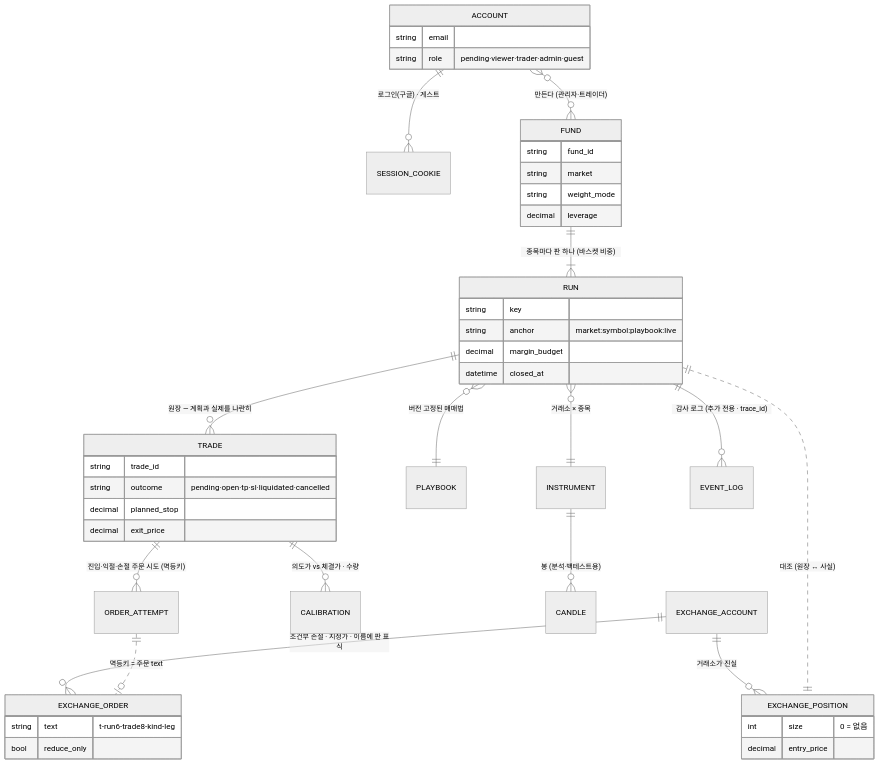
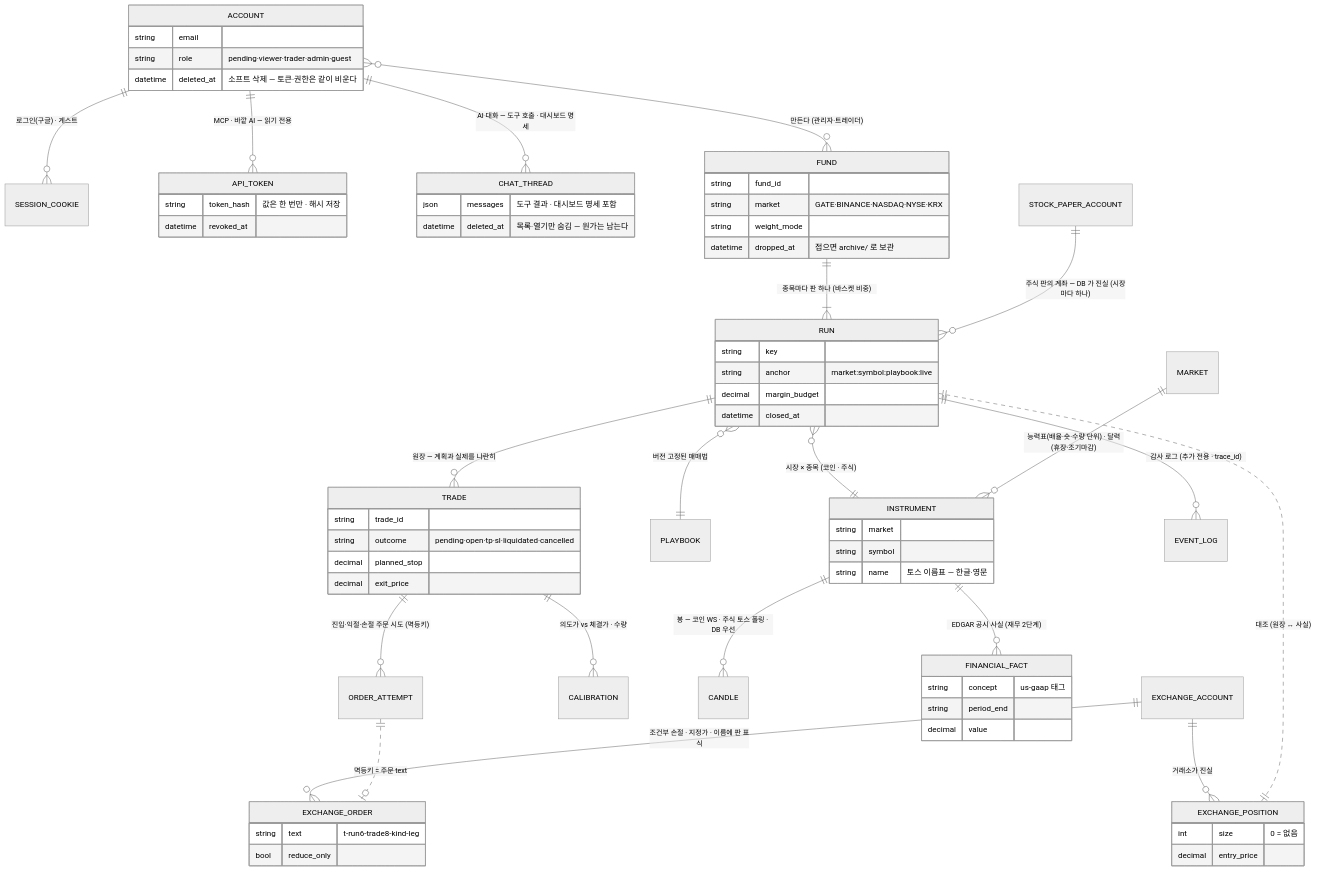
Before and after one commit to ericsj1998/up_and_down_invest_public: the first of 14 diagrams in docs/architecture/diagrams.md, drawn with Mermaid (neutral theme). The commit also changed other lines of this file and 2 other files, not shown here.

First line of the commit message:
다이어그램 전면 갱신 — 개념 ERD(주식 페이퍼 계좌 · 재무 사실 · 토큰 · 대화 · 소프트 삭제 열) · 기술 ERD 2.2(36 표 · 이메일 매임 · financial_facts · api_tokens · chat_threads · role/grants) · 시퀀스 3.1(주식 · 달력 · 층 · step_ms) · 3.2 메모 · 새 3.5 AI 채팅 한 턴 · 3.6 바깥 호출 한 층 · 스윔레인 4.1 · 플로우차트 §5 · README 3개 동기화 · 런타임 한 장 그림 · 설계 색인 층 그림 (사용자 요청)

````diff
--- a/docs/architecture/diagrams.md
+++ b/docs/architecture/diagrams.md
@@ -10,48 +11,72 @@
 ```mermaid
 erDiagram
     ACCOUNT ||--o{ SESSION_COOKIE : "로그인(구글) · 게스트"
+    ACCOUNT ||--o{ API_TOKEN : "MCP · 바깥 AI — 읽기 전용"
+    ACCOUNT ||--o{ CHAT_THREAD : "AI 대화 — 도구 호출 · 대시보드 명세"
     ACCOUNT }o--o{ FUND : "만든다 (관리자·트레이더)"
     FUND ||--|{ RUN : "종목마다 판 하나 (바스켓 비중)"
     RUN ||--o{ TRADE : "원장 — 계획과 실제를 나란히"
     TRADE ||--o{ ORDER_ATTEMPT : "진입·익절·손절 주문 시도 (멱등키)"
     TRADE ||--o{ CALIBRATION : "의도가 vs 체결가 · 수량"
     RUN }o--|| PLAYBOOK : "버전 고정된 매매법"
-    RUN }o--|| INSTRUMENT : "거래소 × 종목"
-    INSTRUMENT ||--o{ CANDLE : "봉 (분석·백테스트용)"
+    RUN }o--|| INSTRUMENT : "시장 × 종목 (코인 · 주식)"
+    INSTRUMENT ||--o{ CANDLE : "봉 — 코인 WS · 주식 토스 폴링 · DB 우선"
+    INSTRUMENT ||--o{ FINANCIAL_FACT : "EDGAR 공시 사실 (재무 2단계)"
+    MARKET ||--o{ INSTRUMENT : "능력표(배율·숏·수량 단위) · 달력(휴장·조기마감)"
     EXCHANGE_ACCOUNT ||--o{ EXCHANGE_POSITION : "거래소가 진실"
     EXCHANGE_ACCOUNT ||--o{ EXCHANGE_ORDER : "조건부 손절 · 지정가 · 이름에 판 표식"
+    STOCK_PAPER_ACCOUNT ||--o{ RUN : "주식 판의 계좌 — DB 가 진실 (시장마다 하나)"
     RUN ||..|| EXCHANGE_POSITION : "대조 (원장 ↔ 사실)"
     ORDER_ATTEMPT ||..o| EXCHANGE_ORDER : "멱등키 = 주문 text"
     RUN ||--o{ EVENT_LOG : "감사 로그 (추가 전용 · trace_id)"
 
     ACCOUNT {
         string email
         string role "pending·viewer·trader·admin·guest"
+        datetime deleted_at "소프트 삭제 — 토큰·권한은 같이 비운다"
+    }
+    API_TOKEN {
+        string token_hash "값은 한 번만 · 해시 저장"
+        datetime revoked_at
+    }
+    CHAT_THREAD {
+        json messages "도구 결과 · 대시보드 명세 포함"
+        datetime deleted_at "목록·열기만 숨김 — 원가는 남는다"
     }
     FUND {
         string fund_id
-        string market
+        string market "GATE·BINANCE·NASDAQ·NYSE·KRX"
         string weight_mode
-        decimal leverage
+        datetime dropped_at "접으면 archive/ 로 보관"
     }
     RUN {
         string key
         string anchor "market:symbol:playbook:live"
         decimal margin_budget
         datetime closed_at
     }
     TRADE {
         string trade_id
         string outcome "pending·open·tp·sl·liquidated·cancelled"
         decimal planned_stop
         decimal exit_price
     }
+    INSTRUMENT {
+        string market
+        string symbol
+        string name "토스 이름표 — 한글·영문"
+    }
+    FINANCIAL_FACT {
+        string concept "us-gaap 태그"
+        string period_end
+        decimal value
+    }
     EXCHANGE_POSITION {
         int size "0 = 없음"
         decimal entry_price
     }
     EXCHANGE_ORDER {
         string text "t-run6-trade8-kind-leg"
         bool reduce_only
     }
 ```
````
